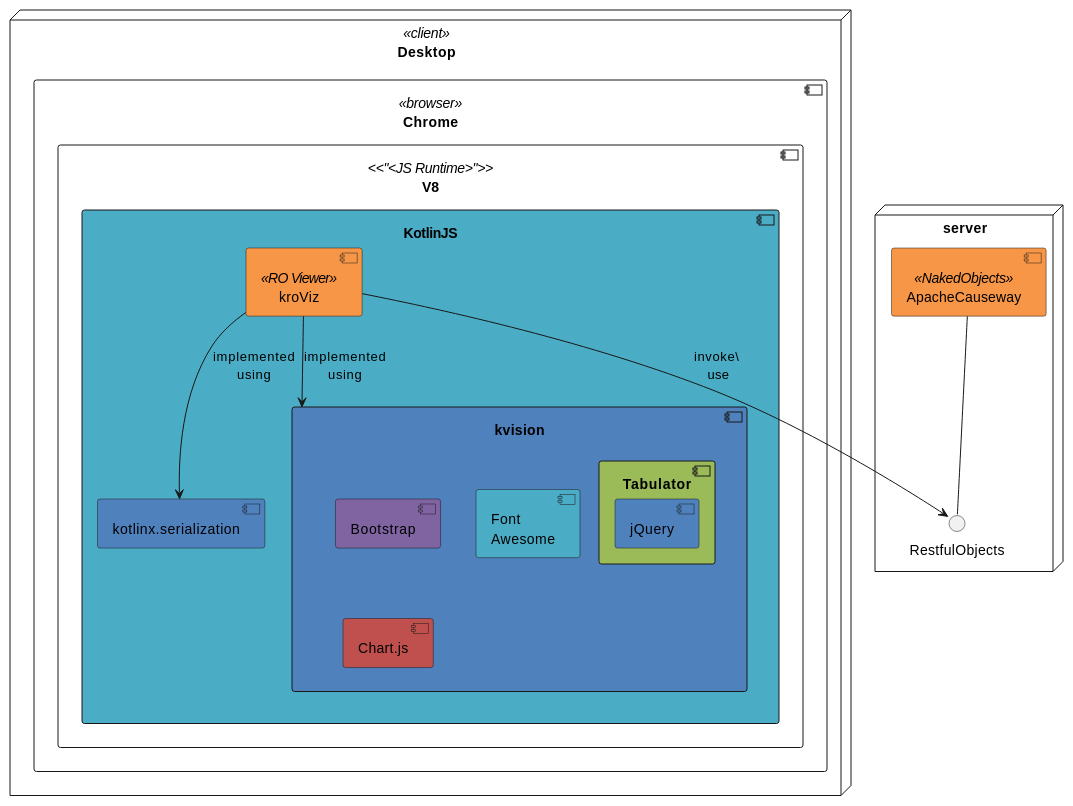
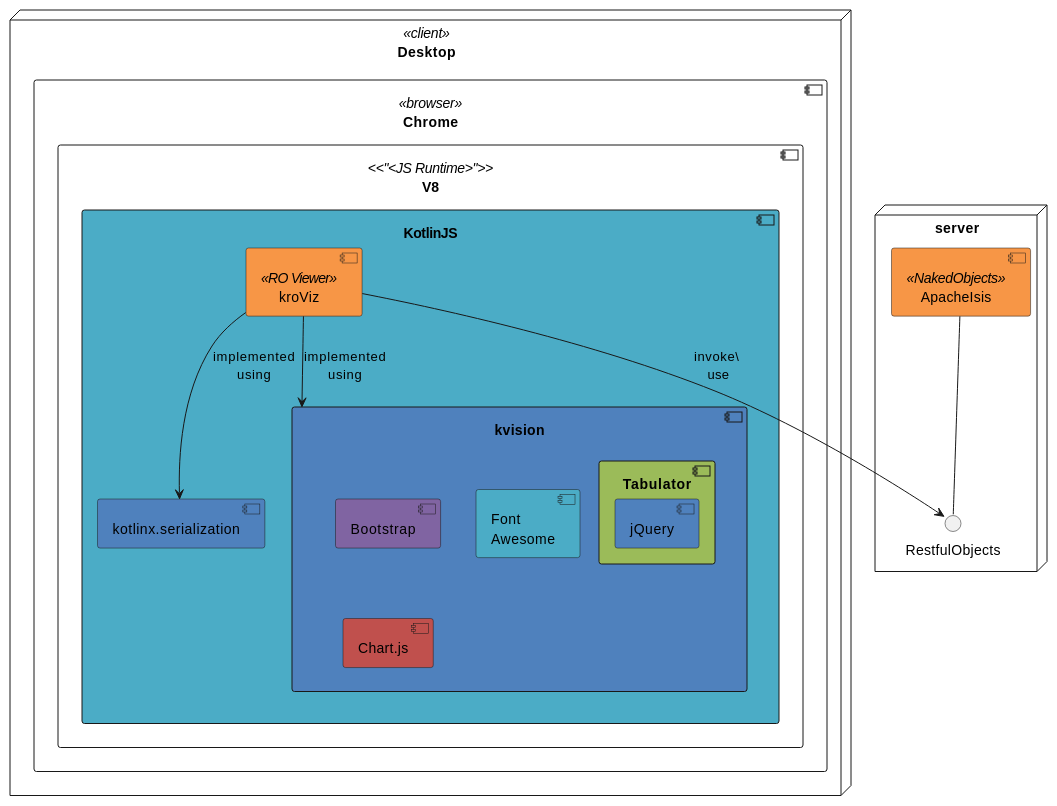
One commit to Supermajestcd/XMP--toolkits changed the diagram in incubator/clients/kroviz/adoc/modules/kroviz/partials/design/arc-overview.adoc. Above: the diagram before and after it, drawn with PlantUML. The commit also changed 13599 other files, not shown here.

```diff
--- a/incubator/clients/kroviz/adoc/modules/kroviz/partials/design/arc-overview.adoc
+++ b/incubator/clients/kroviz/adoc/modules/kroviz/partials/design/arc-overview.adoc
@@ -4,33 +4,33 @@
 [plantuml,file="arc-overview.png"]
 ----
 @startuml
 node Desktop <<client>>{
 component Chrome <<browser>> {
 component V8 <<"<JS Runtime>">> {
     component KotlinJS [[https://github.com/JetBrains/kotlin/tree/master/js]] #4BACC6 {
         component kotlinx.serialization as KS #4F81BD
         component kvision [[https://rjaros.github.io/kvision]] #4F81BD {
             component Bootstrap [[https://getbootstrap.com/]] #8064A2
             component "Font\nAwesome" [[https://fontawesome.com/]] #4BACC6
             component Tabulator [[http://tabulator.info/]] #9BBB59 {
                 component jQuery [[https://jquery.com/]] #4F81BD
             }
             component Chart.js [[https://www.chartjs.org/]] #C0504D
         }
         component kroViz <<RO Viewer>> #F79646
         kroViz --> kvision : implemented\nusing
         kroViz --> KS : implemented\nusing
     }
 }
 }
 }
 
 node server{
     interface RestfulObjects as RO
-    component ApacheCauseway<<NakedObjects>> [[https://causeway.apache.org/]] #F79646
+    component ApacheIsis<<NakedObjects>> [[https://isis.apache.org/]] #F79646
 }
 
-ApacheCauseway -- RO
+ApacheIsis -- RO
 kroViz --> RO : invoke\ \nuse
 @enduml
 ----
```
